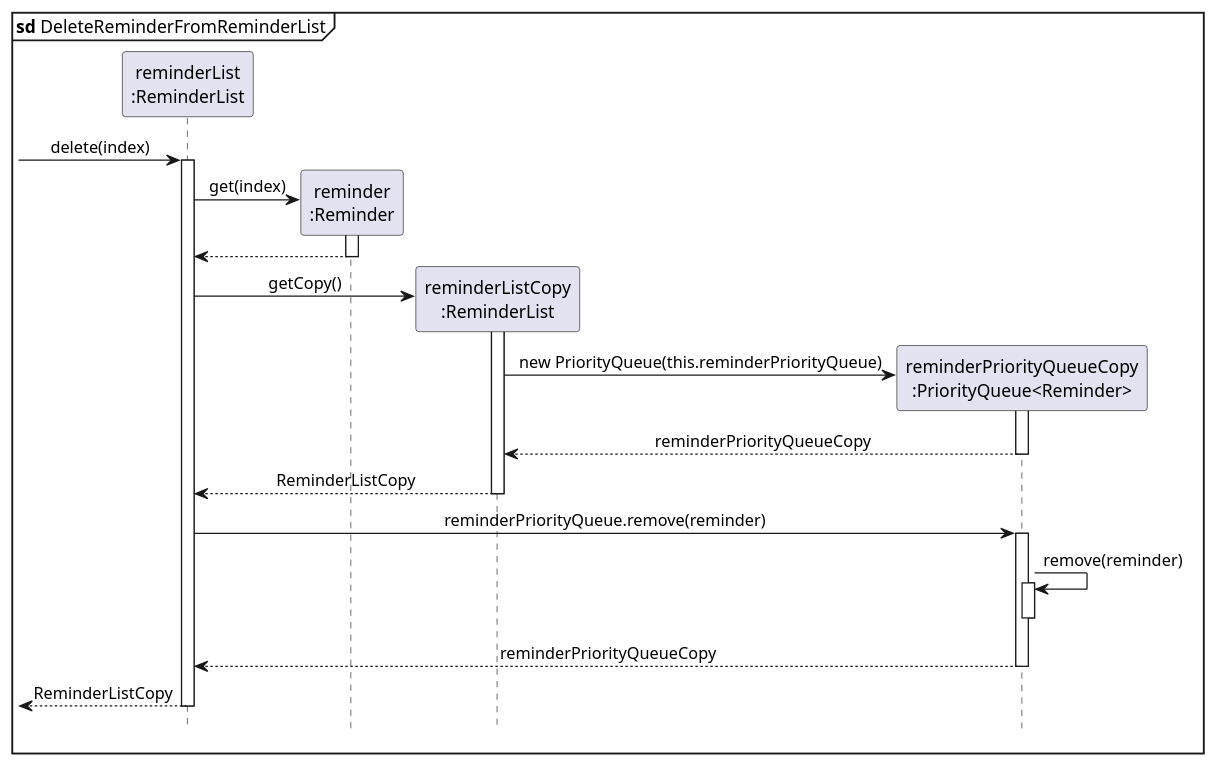
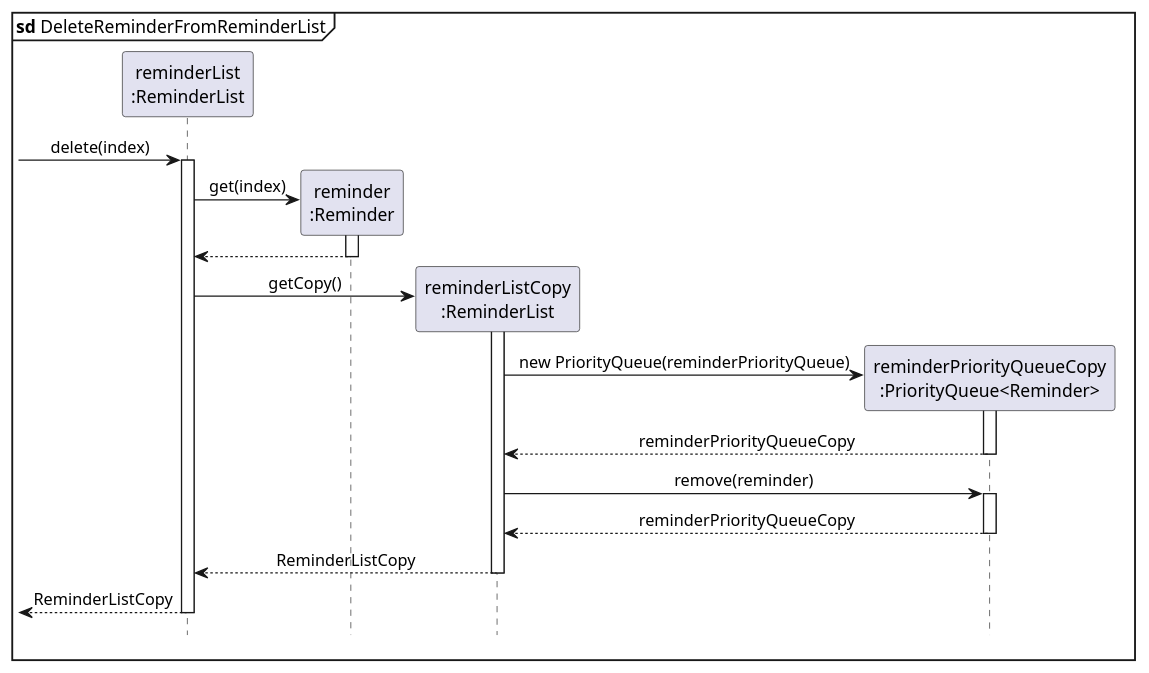
Before and after one commit to pyk595/tp: the diagram in docs/diagrams/DeleteReminderFromReminderListSeqDiagram.puml, drawn with PlantUML. The commit also changed 6 other files, not shown here.

```diff
--- a/docs/diagrams/DeleteReminderFromReminderListSeqDiagram.puml
+++ b/docs/diagrams/DeleteReminderFromReminderListSeqDiagram.puml
@@ -1,59 +1,54 @@
 @startuml
 'https://plantuml.com/sequence-diagram
 
 mainframe **sd** DeleteReminderFromReminderList
 hide footbox
 
 skinparam Sequence {
     MessageAlign center
     BoxFontSize 15
     BoxPadding 0
     BoxFontColor #FFFFFF
     FontName Arial
 }
 
 participant "reminderList\n:ReminderList" as ReminderList
 participant "reminder\n:Reminder" as Reminder
 participant "reminderListCopy\n:ReminderList" as ReminderListCopy
 participant "reminderPriorityQueueCopy\n:PriorityQueue<Reminder>" as PriorityQueueCopy
 
 -> ReminderList : delete(index)
 
 activate ReminderList
 
 create Reminder
 ReminderList -> Reminder : get(index)
 activate Reminder
 
 Reminder --> ReminderList
 deactivate Reminder
 
 create ReminderListCopy
 ReminderList -> ReminderListCopy : getCopy()
 activate ReminderListCopy
 
 create PriorityQueueCopy
-ReminderListCopy -> PriorityQueueCopy : new PriorityQueue(this.reminderPriorityQueue)
+ReminderListCopy -> PriorityQueueCopy : new PriorityQueue(reminderPriorityQueue)
+activate PriorityQueueCopy
+
+PriorityQueueCopy --> ReminderListCopy : reminderPriorityQueueCopy
+deactivate PriorityQueueCopy
+
+ReminderListCopy -> PriorityQueueCopy: remove(reminder)
 activate PriorityQueueCopy
 
 PriorityQueueCopy --> ReminderListCopy : reminderPriorityQueueCopy
 deactivate PriorityQueueCopy
 
 ReminderListCopy --> ReminderList : ReminderListCopy
-deactivate ReminderListCopy
-
-ReminderList -> PriorityQueueCopy : reminderPriorityQueue.remove(reminder)
-activate PriorityQueueCopy
-
-PriorityQueueCopy -> PriorityQueueCopy : remove(reminder)
-activate PriorityQueueCopy
 deactivate PriorityQueueCopy
-
-PriorityQueueCopy --> ReminderList : reminderPriorityQueueCopy
-deactivate PriorityQueueCopy
-
 deactivate ReminderListCopy
 
 <-- ReminderList : ReminderListCopy
 deactivate ReminderList
 @enduml
```
